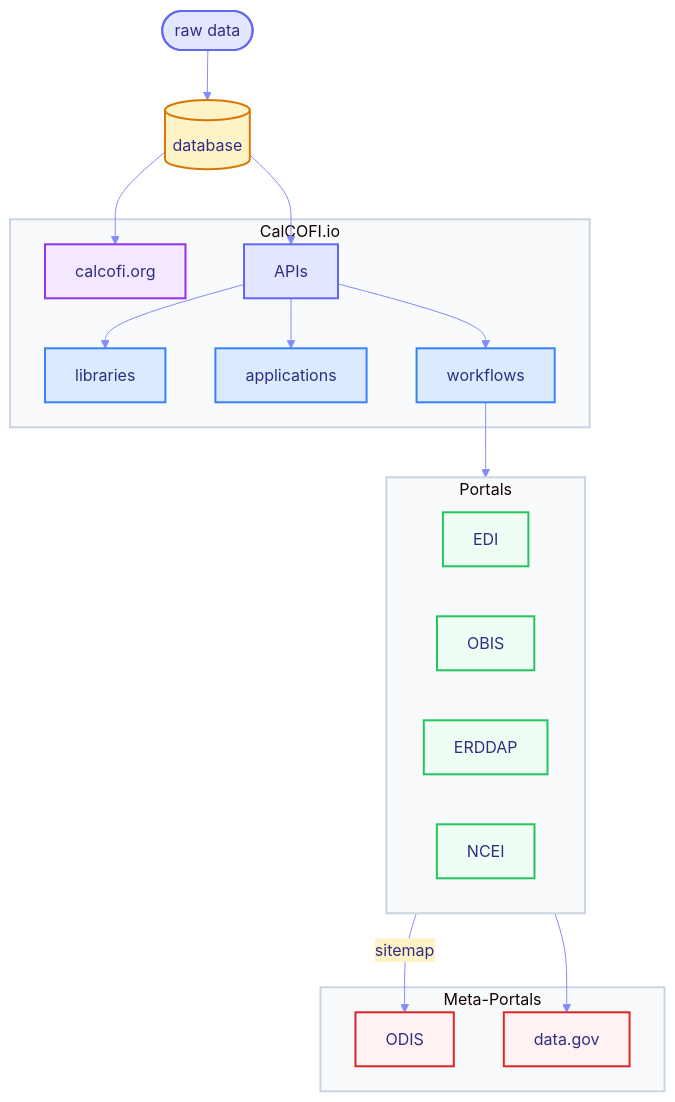
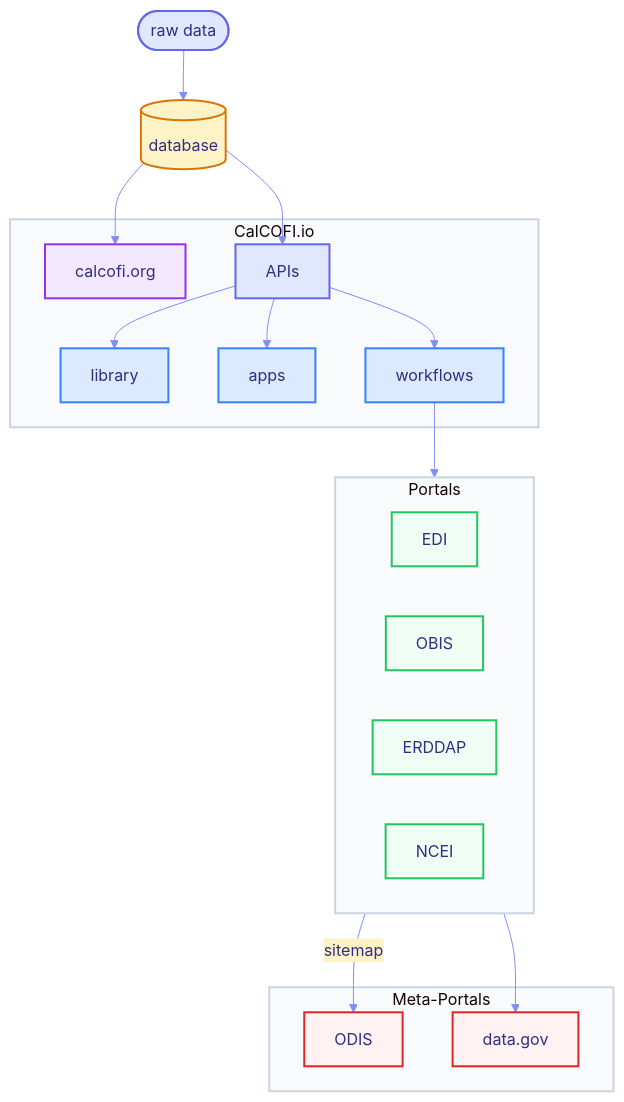
One commit to CalCOFI/docs changed the diagram in portals.qmd. Above: the diagram before and after it, drawn with Mermaid. The commit also changed other lines of this file, not shown here.

````diff
--- a/portals.qmd
+++ b/portals.qmd
@@ -11,63 +14,63 @@
 ```{mermaid}
 %%{init: {
   'theme': 'base',
   'themeVariables': {
     'primaryColor': '#E0E7FF',
     'primaryTextColor': '#312E81',
     'primaryBorderColor': '#6366F1',
     'lineColor': '#818CF8',
     'secondaryColor': '#FEF3C7',
     'tertiaryColor': '#ECFDF5'
   }
 }}%%
 
 graph TD
   %% nodes with styles
   raw([raw data]):::source
   db[(database)]:::database
   
   subgraph calcofi[CalCOFI.io]
     web[calcofi.org]:::website
     api[APIs]:::api
-    lib[libraries]:::code
-    app[applications]:::code
+    lib[library]:::code
+    app[apps]:::code
     flow[workflows]:::code
   end
   
   subgraph portals[Portals]
     edi[EDI]:::portal
     obis[OBIS]:::portal
     erddap[ERDDAP]:::portal
     ncei[NCEI]:::portal
   end
   
   subgraph meta[Meta-Portals]
     odis[ODIS]:::metaportal
     datagov[data.gov]:::metaportal
   end
   
   %% edges
   raw --> db
   db  --> api
   db  --> web
   api --> lib
   api --> app
   api --> flow
   flow  --> portals
   portals -->|sitemap| odis
   portals --> datagov
 
   %% Custom styles
   classDef source fill:#E0E7FF,stroke:#6366F1,stroke-width:2px
   classDef database fill:#FEF3C7,stroke:#D97706,stroke-width:2px
   classDef website fill:#F3E8FF,stroke:#9333EA,stroke-width:2px
   classDef api fill:#E0E7FF,stroke:#6366F1,stroke-width:2px
   classDef code fill:#DBEAFE,stroke:#3B82F6,stroke-width:2px
   classDef portal fill:#F0FDF4,stroke:#22C55E,stroke-width:2px
   classDef metaportal fill:#FEF2F2,stroke:#DC2626,stroke-width:2px
 
   %% Style subgraphs
   style calcofi fill:#F8FAFC,stroke:#CBD5E1,stroke-width:2px
   style portals fill:#F8FAFC,stroke:#CBD5E1,stroke-width:2px
   style meta fill:#F8FAFC,stroke:#CBD5E1,stroke-width:2px
 ```
````
